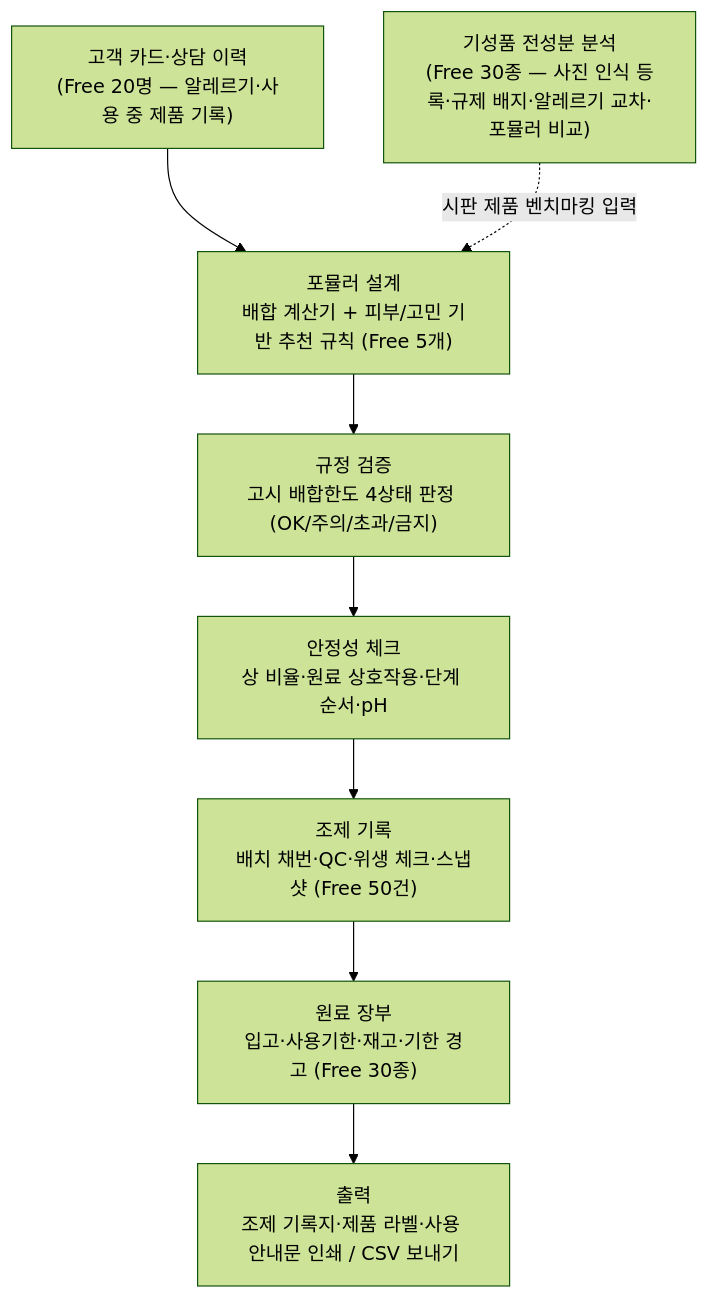
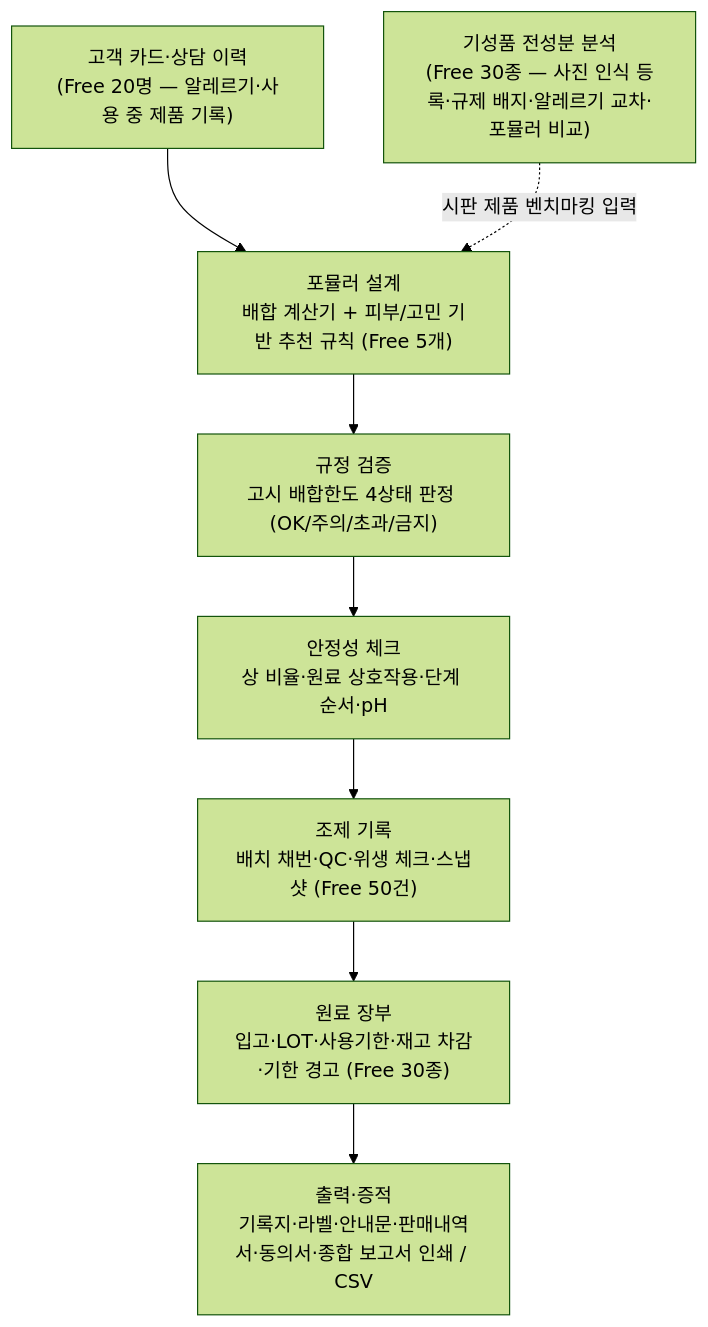
The sixth of 19 diagrams in docs/business/맞춤형화장품_조제관리사_자격증플랫폼_사업기획서.md (skygoldlee-cyber/passory), drawn with Mermaid (forest theme) before and after one commit. The commit also changed other lines of this file and 1 other file, not shown here.

````diff
--- a/docs/business/맞춤형화장품_조제관리사_자격증플랫폼_사업기획서.md
+++ b/docs/business/맞춤형화장품_조제관리사_자격증플랫폼_사업기획서.md
@@ -325,10 +337,10 @@
 ```mermaid
 flowchart TD
     A["고객 카드·상담 이력<br/>(Free 20명 — 알레르기·사용 중 제품 기록)"] --> B["포뮬러 설계<br/>배합 계산기 + 피부/고민 기반 추천 규칙 (Free 5개)"]
     B --> C["규정 검증<br/>고시 배합한도 4상태 판정 (OK/주의/초과/금지)"]
     C --> D["안정성 체크<br/>상 비율·원료 상호작용·단계 순서·pH"]
     D --> E["조제 기록<br/>배치 채번·QC·위생 체크·스냅샷 (Free 50건)"]
-    E --> F["원료 장부<br/>입고·사용기한·재고·기한 경고 (Free 30종)"]
-    F --> G["출력<br/>조제 기록지·제품 라벨·사용 안내문 인쇄 / CSV 보내기"]
+    E --> F["원료 장부<br/>입고·LOT·사용기한·재고 차감·기한 경고 (Free 30종)"]
+    F --> G["출력·증적<br/>기록지·라벨·안내문·판매내역서·동의서·종합 보고서 인쇄 / CSV"]
     P["기성품 전성분 분석<br/>(Free 30종 — 사진 인식 등록·규제 배지·알레르기 교차·포뮬러 비교)"] -.->|"시판 제품 벤치마킹 입력"| B
 ```
````
